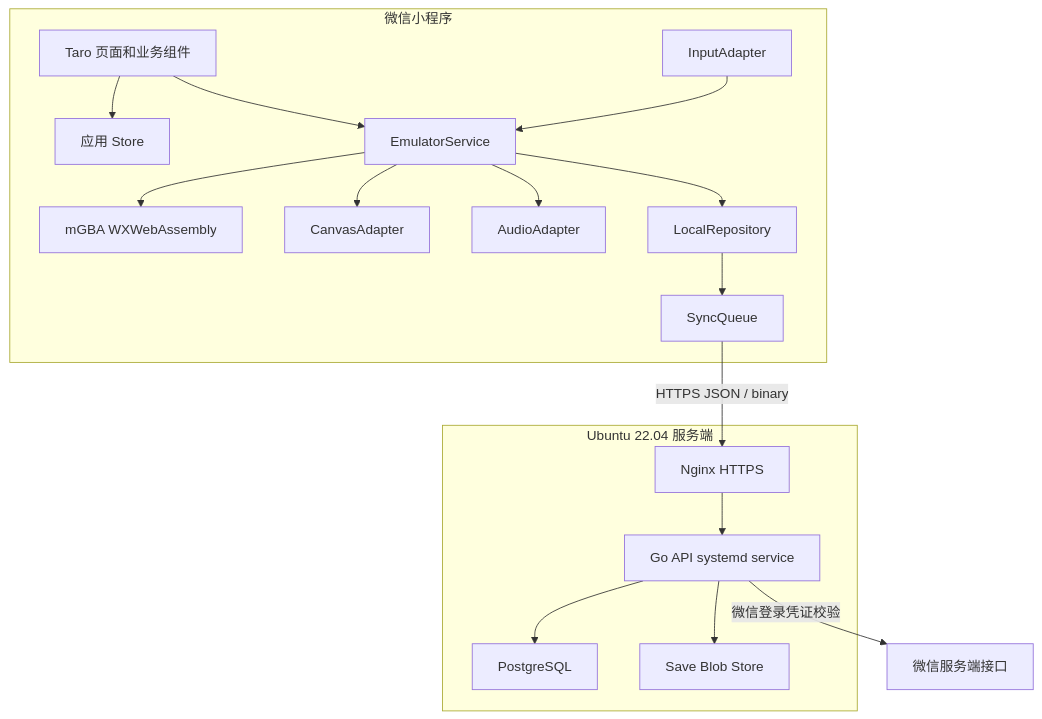
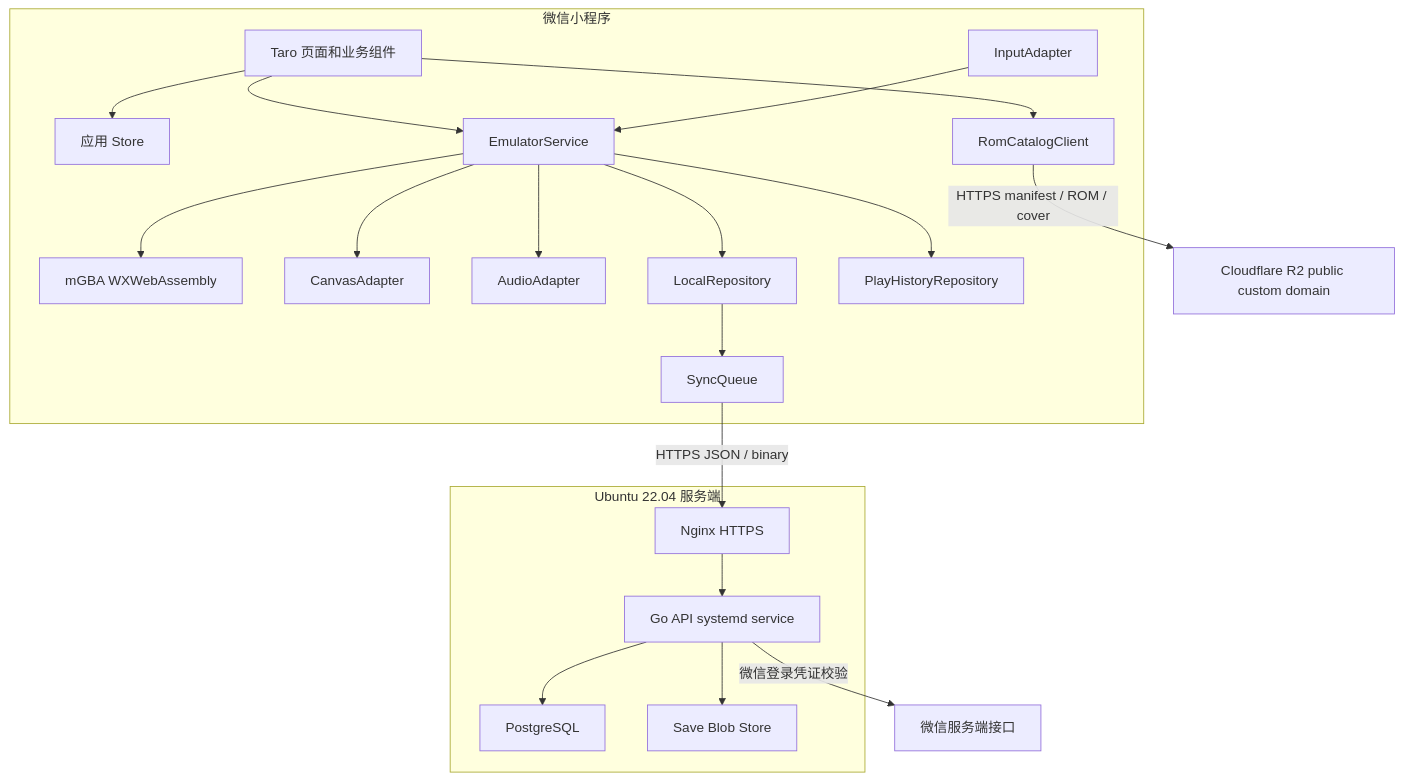
One commit to carzygod/Miniapp-GBA changed the first of 2 diagrams in docs/02-technical-design.md. Above: the diagram before and after it, drawn with Mermaid. The commit also changed other lines of this file and 40 other files, not shown here.

Commit message:
Add R2 ROM plaza and play management

````diff
--- a/docs/02-technical-design.md
+++ b/docs/02-technical-design.md
@@ -51,35 +51,40 @@
 ```mermaid
 flowchart TB
     subgraph MP["微信小程序"]
         Pages["Taro 页面和业务组件"]
         Store["应用 Store"]
         EmuService["EmulatorService"]
         Core["mGBA WXWebAssembly"]
         Video["CanvasAdapter"]
         Audio["AudioAdapter"]
         Input["InputAdapter"]
         Local["LocalRepository"]
+        Catalog["RomCatalogClient"]
+        History["PlayHistoryRepository"]
         Sync["SyncQueue"]
         Pages --> Store
         Pages --> EmuService
         EmuService --> Core
         EmuService --> Video
         EmuService --> Audio
         Input --> EmuService
         EmuService --> Local
+        Pages --> Catalog
+        EmuService --> History
         Local --> Sync
     end
 
     subgraph Server["Ubuntu 22.04 服务端"]
         Nginx["Nginx HTTPS"]
         API["Go API systemd service"]
         PG["PostgreSQL"]
         Blob["Save Blob Store"]
         Nginx --> API
         API --> PG
         API --> Blob
     end
 
     Sync -->|"HTTPS JSON / binary"| Nginx
+    Catalog -->|"HTTPS manifest / ROM / cover"| R2["Cloudflare R2 public custom domain"]
     API -->|"微信登录凭证校验"| WeChat["微信服务端接口"]
 ```
````
